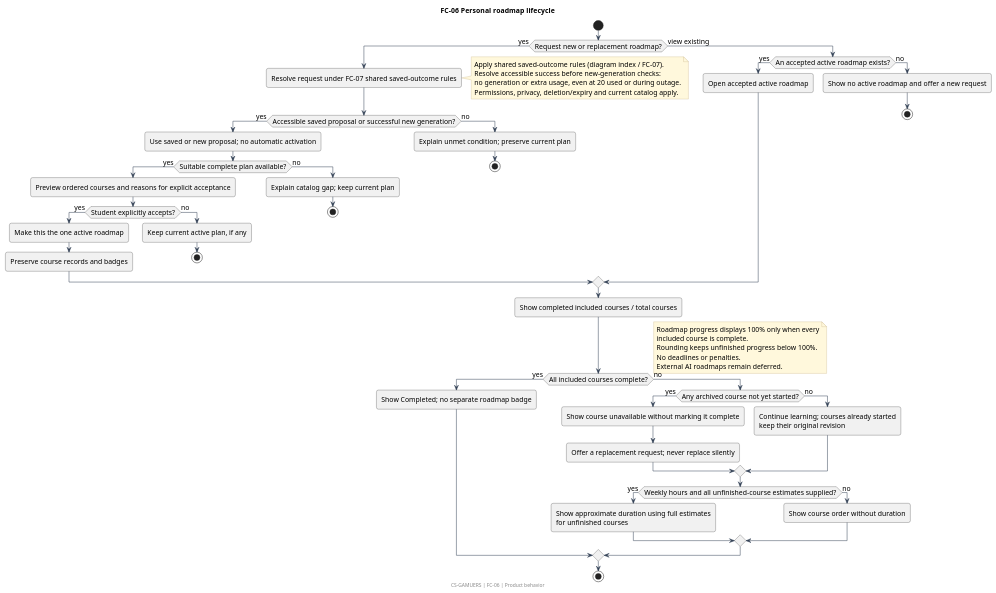
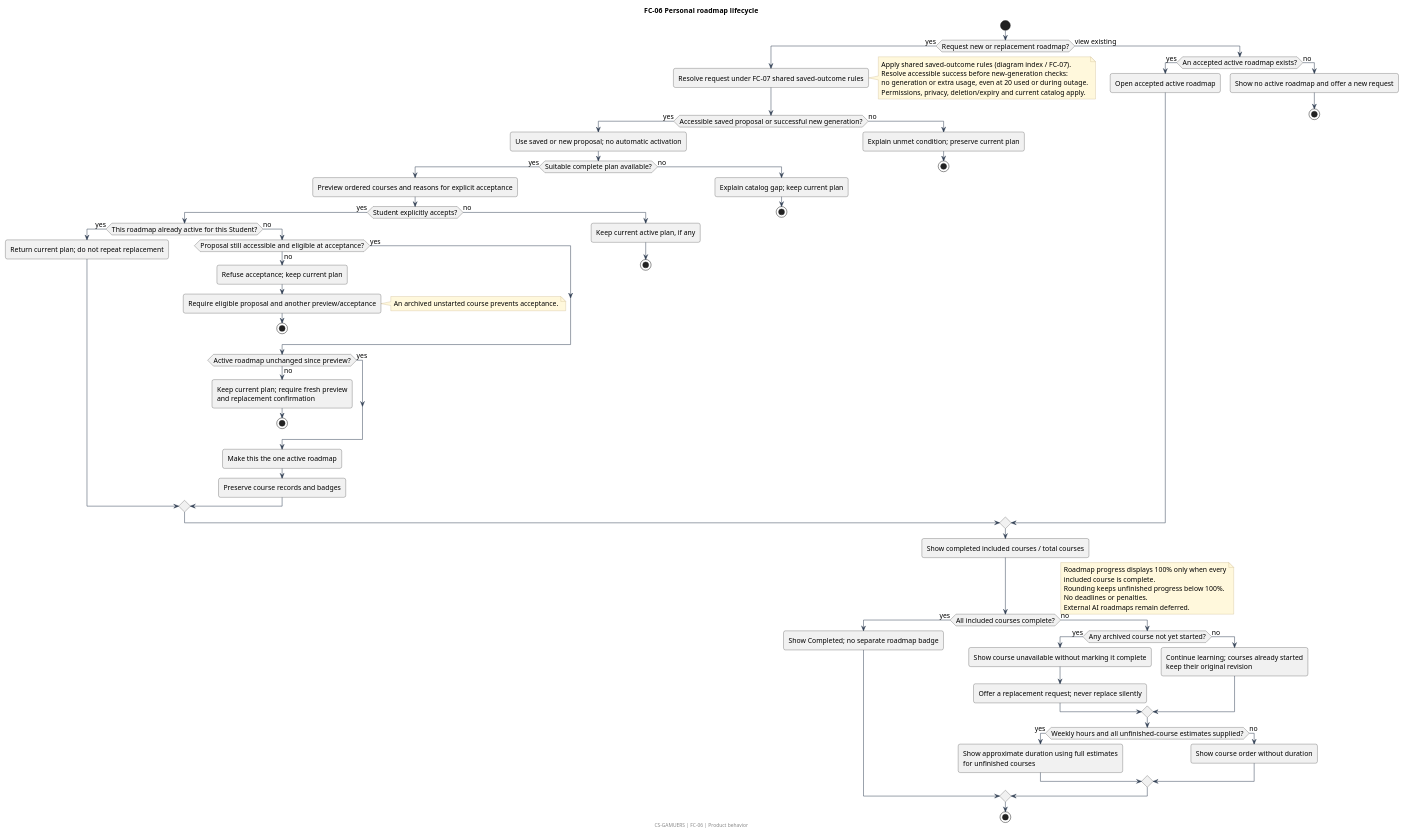
Before and after one commit to noelorph/cs-gamuers: the diagram in docs/diagrams/flowcharts/fc-06.puml, drawn with PlantUML. The commit also changed 26 other files, not shown here.

Commit message:
docs: define approved architecture and align project documentation

```diff
--- a/docs/diagrams/flowcharts/fc-06.puml
+++ b/docs/diagrams/flowcharts/fc-06.puml
@@ -1,77 +1,95 @@
 @startuml
 !pragma layout smetana
 skinparam backgroundColor white
 skinparam shadowing false
 skinparam defaultFontName SansSerif
 skinparam defaultFontSize 14
 skinparam ArrowColor #334155
 skinparam BorderColor #334155
 skinparam NoteBackgroundColor #FFF8DC
 skinparam NoteBorderColor #B6A16C
 skinparam roundcorner 8
 skinparam sequenceMessageAlign center
 skinparam maxMessageSize 300
 title FC-06  Personal roadmap lifecycle
 ' Requirements: ROAD-01 ROAD-02 ROAD-03 ROAD-04 ROAD-05 ROAD-06 ROAD-07 ROAD-08 ROAD-09 PROGRESS-03 PROFILE-01 AI-05 AI-06 P-04 P-05
 start
 if (Request new or replacement roadmap?) then (yes)
   :Resolve request under FC-07 shared saved-outcome rules;
   note right
 Apply shared saved-outcome rules (diagram index / FC-07).
 Resolve accessible success before new-generation checks:
 no generation or extra usage, even at 20 used or during outage.
 Permissions, privacy, deletion/expiry and current catalog apply.
 end note
   if (Accessible saved proposal or successful new generation?) then (yes)
     :Use saved or new proposal; no automatic activation;
     if (Suitable complete plan available?) then (yes)
       :Preview ordered courses and reasons for explicit acceptance;
       if (Student explicitly accepts?) then (yes)
-        :Make this the one active roadmap;
-        :Preserve course records and badges;
+        if (This roadmap already active for this Student?) then (yes)
+          :Return current plan; do not repeat replacement;
+        else (no)
+          if (Proposal still accessible and eligible at acceptance?) then (yes)
+          else (no)
+            :Refuse acceptance; keep current plan;
+            :Require eligible proposal and another preview/acceptance;
+            note right
+            An archived unstarted course prevents acceptance.
+            end note
+            stop
+          endif
+          if (Active roadmap unchanged since preview?) then (yes)
+          else (no)
+            :Keep current plan; require fresh preview\nand replacement confirmation;
+            stop
+          endif
+          :Make this the one active roadmap;
+          :Preserve course records and badges;
+        endif
       else (no)
         :Keep current active plan, if any;
         stop
       endif
     else (no)
       :Explain catalog gap; keep current plan;
       stop
     endif
   else (no)
     :Explain unmet condition; preserve current plan;
     stop
   endif
 else (view existing)
   if (An accepted active roadmap exists?) then (yes)
     :Open accepted active roadmap;
   else (no)
     :Show no active roadmap and offer a new request;
     stop
   endif
 endif
 :Show completed included courses / total courses;
 if (All included courses complete?) then (yes)
   :Show Completed; no separate roadmap badge;
 else (no)
   if (Any archived course not yet started?) then (yes)
     :Show course unavailable without marking it complete;
     :Offer a replacement request; never replace silently;
   else (no)
     :Continue learning; courses already started\nkeep their original revision;
   endif
   if (Weekly hours and all unfinished-course estimates supplied?) then (yes)
     :Show approximate duration using full estimates\nfor unfinished courses;
   else (no)
     :Show course order without duration;
   endif
 endif
 note right
 Roadmap progress displays 100% only when every
 included course is complete.
 Rounding keeps unfinished progress below 100%.
 No deadlines or penalties.
 External AI roadmaps remain deferred.
 end note
 stop
 footer CS-GAMUERS | FC-06 | Product behavior
 @enduml
```
